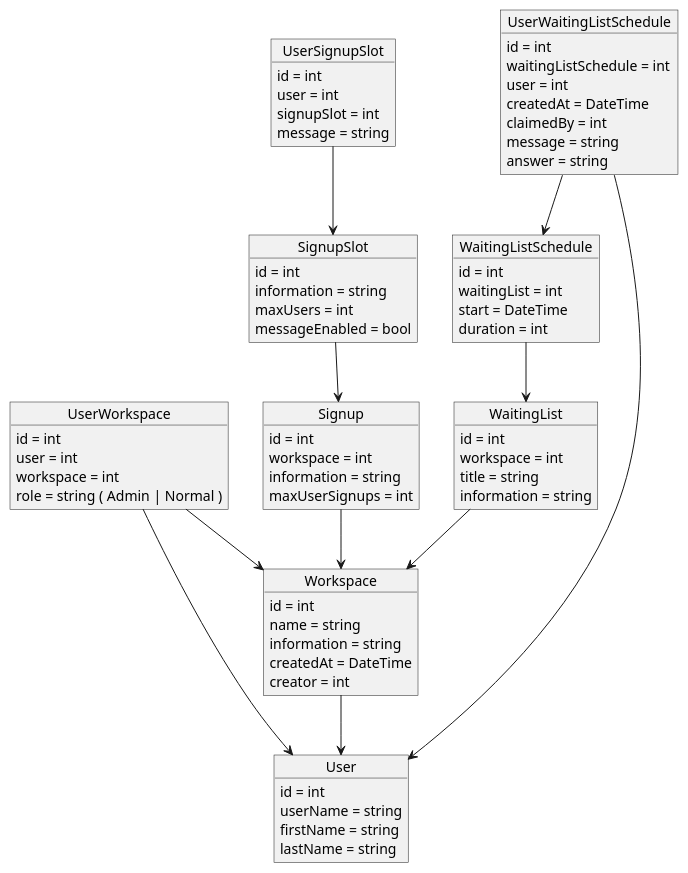
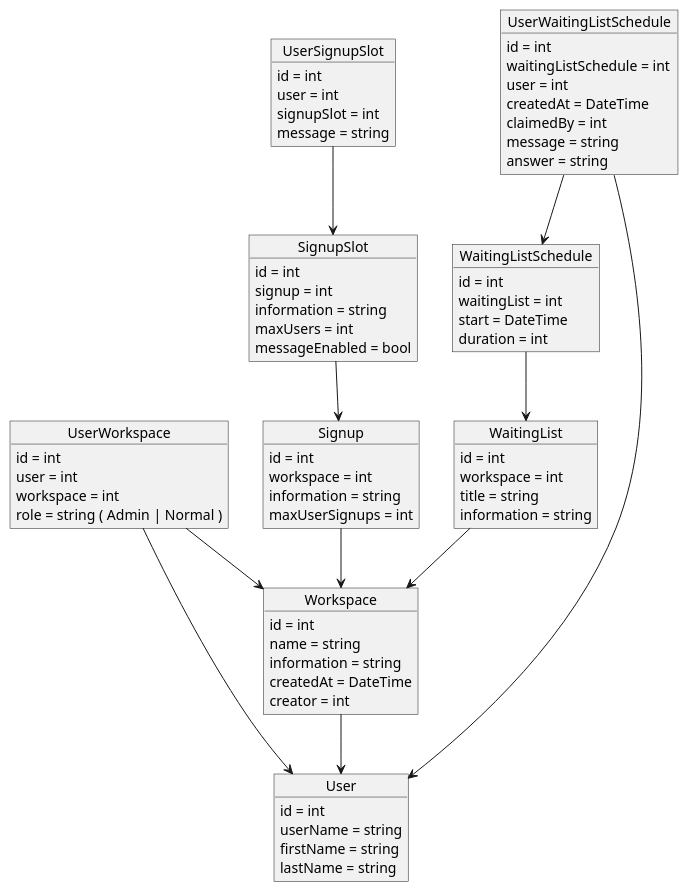
One commit to InputPlaceholderName/tosca-backend changed the diagram in docs/database_schema.puml. Above: the diagram before and after it, drawn with PlantUML. The commit also changed 12 other files, not shown here.

```diff
--- a/docs/database_schema.puml
+++ b/docs/database_schema.puml
@@ -1,89 +1,89 @@
 @startuml
 object User {
     id = int 
     userName = string
     firstName = string
     lastName = string
 }
 
 object Workspace {
     id = int
     name = string
     information = string 
     createdAt = DateTime
     creator = int
 }
 
 object UserWorkspace {
     id = int
     user = int
     workspace = int
     role = string ( Admin | Normal )
 }
 
 object WaitingList {
     id = int
     workspace = int
     title = string  
     information = string
 }
 
 object WaitingListSchedule {
     id = int
     waitingList = int
     start = DateTime
     duration = int
 }
 
 object UserWaitingListSchedule {
     id = int
     waitingListSchedule = int
     user = int
     createdAt = DateTime
     claimedBy = int
     message = string
     answer = string
 }
 
 object Signup {
     id = int
     workspace = int
     information = string
     maxUserSignups = int
 }
 
 object SignupSlot {
     id = int
+    signup = int
     information = string
     maxUsers = int
     messageEnabled = bool
 }
 
 object UserSignupSlot {
     id = int
     user = int
     signupSlot = int
     message = string
 }
 
 
 Workspace --> User
 
 
 UserWorkspace --> User
 UserWorkspace --> Workspace
 
 WaitingList --> Workspace
 
 WaitingListSchedule --> WaitingList
 
 UserWaitingListSchedule --> User
 UserWaitingListSchedule --> WaitingListSchedule
 
 Signup --> Workspace
 
 SignupSlot --> Signup
 
 UserSignupSlot --> SignupSlot
-
 @enduml
```
